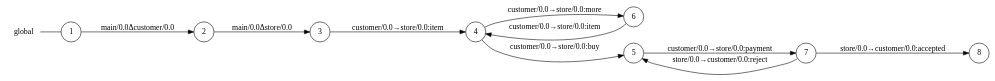
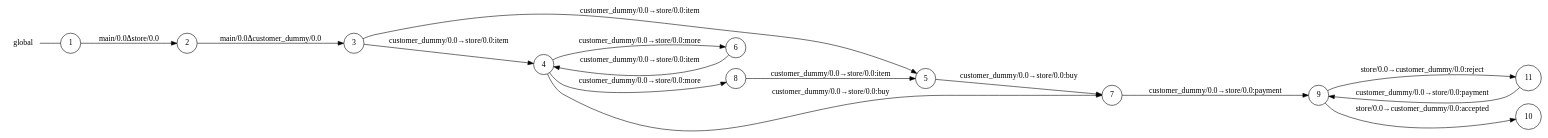
The diagram in examples/customer/main_0_global_view.dot (gabrielegenovese/chorer), drawn with Graphviz before and after one commit. The commit also changed 66 other files, not shown here.

```diff
--- a/examples/customer/main_0_global_view.dot
+++ b/examples/customer/main_0_global_view.dot
@@ -1,23 +1,31 @@
 digraph global {
 	rankdir="LR";
 	n_0 [label="global", shape="plaintext"];
 	n_1 [id="5", shape=circle, label="5"];
-	n_2 [id="6", shape=circle, label="6"];
-	n_3 [id="1", shape=circle, label="1"];
-	n_0 -> n_3 [arrowhead=none];
-	n_4 [id="2", shape=circle, label="2"];
-	n_5 [id="8", shape=circle, label="8"];
-	n_6 [id="4", shape=circle, label="4"];
-	n_7 [id="7", shape=circle, label="7"];
-	n_8 [id="3", shape=circle, label="3"];
+	n_2 [id="11", shape=circle, label="11"];
+	n_3 [id="6", shape=circle, label="6"];
+	n_4 [id="10", shape=circle, label="10"];
+	n_5 [id="1", shape=circle, label="1"];
+	n_0 -> n_5 [arrowhead=none];
+	n_6 [id="9", shape=circle, label="9"];
+	n_7 [id="2", shape=circle, label="2"];
+	n_8 [id="8", shape=circle, label="8"];
+	n_9 [id="4", shape=circle, label="4"];
+	n_10 [id="7", shape=circle, label="7"];
+	n_11 [id="3", shape=circle, label="3"];
 
-	n_3 -> n_4 [id="[$e|0]", label="main/0.0Δcustomer/0.0"];
-	n_1 -> n_7 [id="[$e|5]", label="customer/0.0→store/0.0:payment"];
-	n_6 -> n_1 [id="[$e|3]", label="customer/0.0→store/0.0:buy"];
-	n_7 -> n_1 [id="[$e|8]", label="store/0.0→customer/0.0:reject"];
-	n_2 -> n_6 [id="[$e|6]", label="customer/0.0→store/0.0:item"];
-	n_8 -> n_6 [id="[$e|2]", label="customer/0.0→store/0.0:item"];
-	n_7 -> n_5 [id="[$e|7]", label="store/0.0→customer/0.0:accepted"];
-	n_6 -> n_2 [id="[$e|4]", label="customer/0.0→store/0.0:more"];
-	n_4 -> n_8 [id="[$e|1]", label="main/0.0Δstore/0.0"];
+	n_5 -> n_7 [id="[$e|0]", label="main/0.0Δstore/0.0"];
+	n_10 -> n_6 [id="[$e|9]", label="customer_dummy/0.0→store/0.0:payment"];
+	n_1 -> n_10 [id="[$e|5]", label="customer_dummy/0.0→store/0.0:buy"];
+	n_11 -> n_1 [id="[$e|3]", label="customer_dummy/0.0→store/0.0:item"];
+	n_3 -> n_9 [id="[$e|8]", label="customer_dummy/0.0→store/0.0:item"];
+	n_6 -> n_2 [id="[$e|12]", label="store/0.0→customer_dummy/0.0:reject"];
+	n_9 -> n_8 [id="[$e|6]", label="customer_dummy/0.0→store/0.0:more"];
+	n_11 -> n_9 [id="[$e|2]", label="customer_dummy/0.0→store/0.0:item"];
+	n_8 -> n_1 [id="[$e|10]", label="customer_dummy/0.0→store/0.0:item"];
+	n_9 -> n_10 [id="[$e|7]", label="customer_dummy/0.0→store/0.0:buy"];
+	n_6 -> n_4 [id="[$e|11]", label="store/0.0→customer_dummy/0.0:accepted"];
+	n_2 -> n_6 [id="[$e|13]", label="customer_dummy/0.0→store/0.0:payment"];
+	n_9 -> n_3 [id="[$e|4]", label="customer_dummy/0.0→store/0.0:more"];
+	n_7 -> n_11 [id="[$e|1]", label="main/0.0Δcustomer_dummy/0.0"];
 }
```
